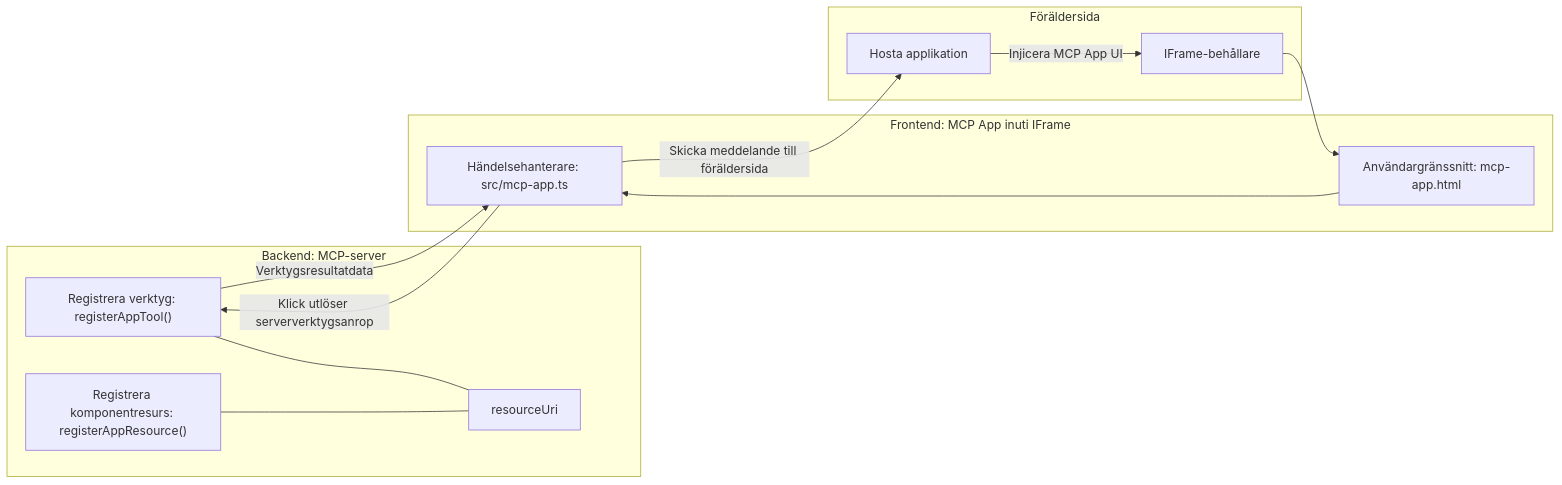
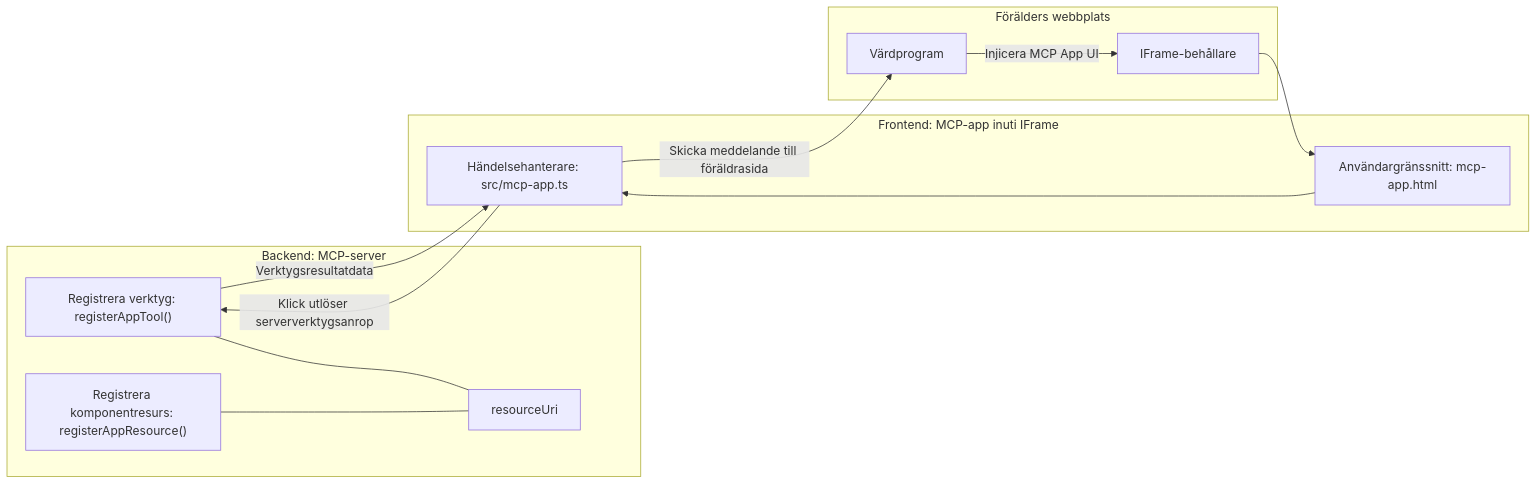
Before and after one commit to HIDORAKAI002/ai-workspace-archive: the diagram in mcp_ecosystem__model_context_protocol/mcp_learning_resources/mcp-for-beginners/translations/sv/03-GettingStarted/15-mcp-apps/README.md, drawn with Mermaid. The commit also changed other lines of this file and 1160 other files, not shown here.

````diff
--- a/mcp_ecosystem__model_context_protocol/mcp_learning_resources/mcp-for-beginners/translations/sv/03-GettingStarted/15-mcp-apps/README.md
+++ b/mcp_ecosystem__model_context_protocol/mcp_learning_resources/mcp-for-beginners/translations/sv/03-GettingStarted/15-mcp-apps/README.md
@@ -32,27 +32,27 @@
 ```mermaid
 flowchart LR
   subgraph Backend[Backend: MCP-server]
     T["Registrera verktyg: registerAppTool()"]
     C["Registrera komponentresurs: registerAppResource()"]
     U[resourceUri]
     T --- U
     C --- U
   end
 
-  subgraph Parent[Föräldersida]
-    H[Hosta applikation]
+  subgraph Parent[Förälders webbplats]
+    H[Värdprogram]
     IFRAME[IFrame-behållare]
     H -->|Injicera MCP App UI| IFRAME
   end
 
-  subgraph Frontend[Frontend: MCP App inuti IFrame]
+  subgraph Frontend[Frontend: MCP-app inuti IFrame]
     UI["Användargränssnitt: mcp-app.html"]
     EH["Händelsehanterare: src/mcp-app.ts"]
     UI --> EH
   end
 
   IFRAME --> UI
   EH -->|Klick utlöser serververktygsanrop| T
   T -->|Verktygsresultatdata| EH
-  EH -->|Skicka meddelande till föräldersida| H
-```
+  EH -->|Skicka meddelande till föräldrasida| H
+```  
````
